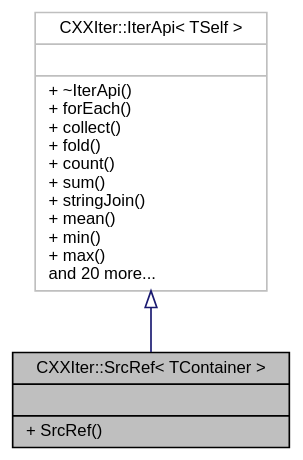
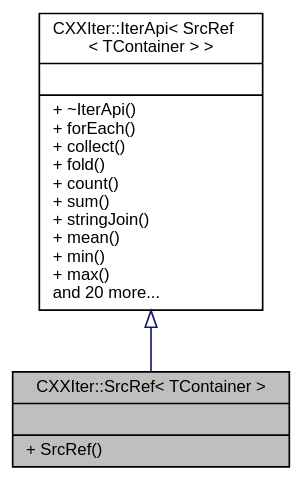
Before and after one commit to seijikun/CXXIter: the diagram in classCXXIter_1_1SrcRef__inherit__graph.dot, drawn with Graphviz. The commit also changed 114 other files, not shown here.

```diff
--- a/classCXXIter_1_1SrcRef__inherit__graph.dot
+++ b/classCXXIter_1_1SrcRef__inherit__graph.dot
@@ -1,11 +1,11 @@
 digraph "CXXIter::SrcRef&lt; TContainer &gt;"
 {
  // INTERACTIVE_SVG=YES
  // LATEX_PDF_SIZE
   bgcolor="transparent";
   edge [fontname="Helvetica",fontsize="10",labelfontname="Helvetica",labelfontsize="10"];
   node [fontname="Helvetica",fontsize="10",shape=record];
   Node1 [label="{CXXIter::SrcRef\< TContainer \>\n||+ SrcRef()\l}",height=0.2,width=0.4,color="black", fillcolor="grey75", style="filled", fontcolor="black",tooltip=" "];
   Node2 -> Node1 [dir="back",color="midnightblue",fontsize="10",style="solid",arrowtail="onormal",fontname="Helvetica"];
-  Node2 [label="{CXXIter::IterApi\< TSelf \>\n||+ ~IterApi()\l+ forEach()\l+ collect()\l+ fold()\l+ count()\l+ sum()\l+ stringJoin()\l+ mean()\l+ min()\l+ max()\land 20 more...\l}",height=0.2,width=0.4,color="grey75",tooltip=" "];
+  Node2 [label="{CXXIter::IterApi\< SrcRef\l\< TContainer \> \>\n||+ ~IterApi()\l+ forEach()\l+ collect()\l+ fold()\l+ count()\l+ sum()\l+ stringJoin()\l+ mean()\l+ min()\l+ max()\land 20 more...\l}",height=0.2,width=0.4,color="black",URL="$classCXXIter_1_1IterApi.html",tooltip=" "];
 }
```
